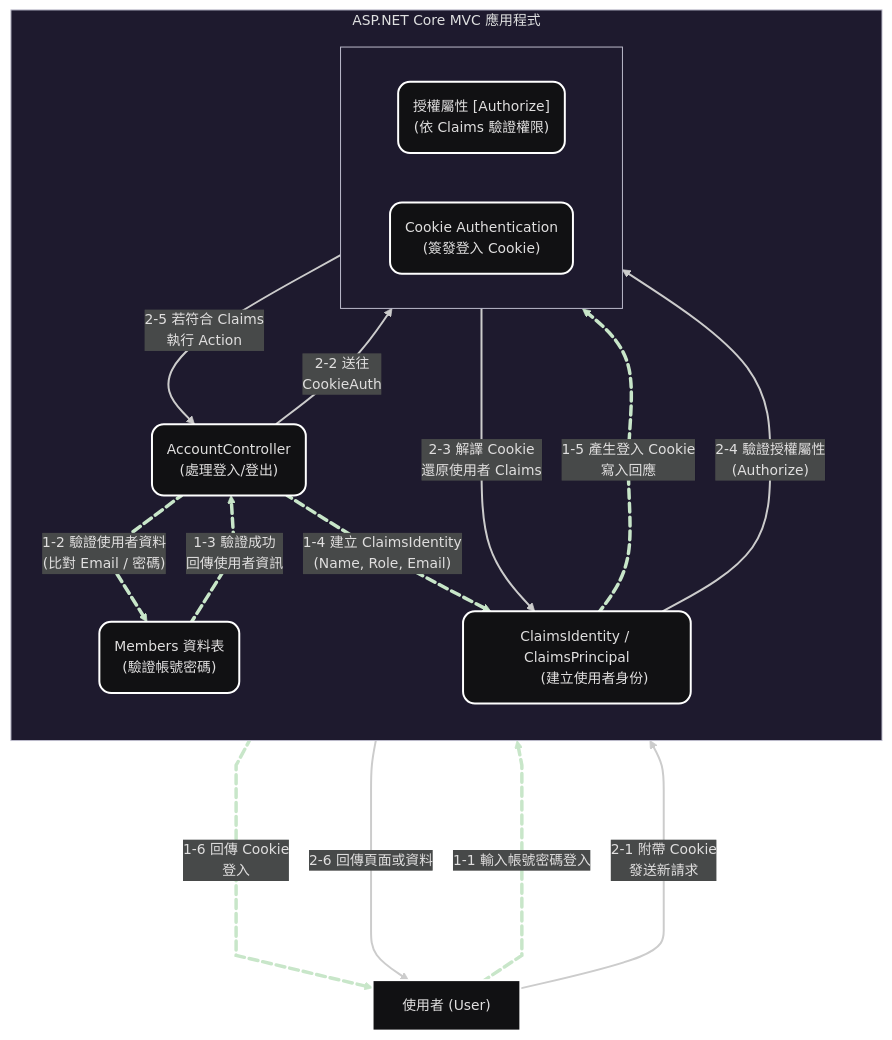
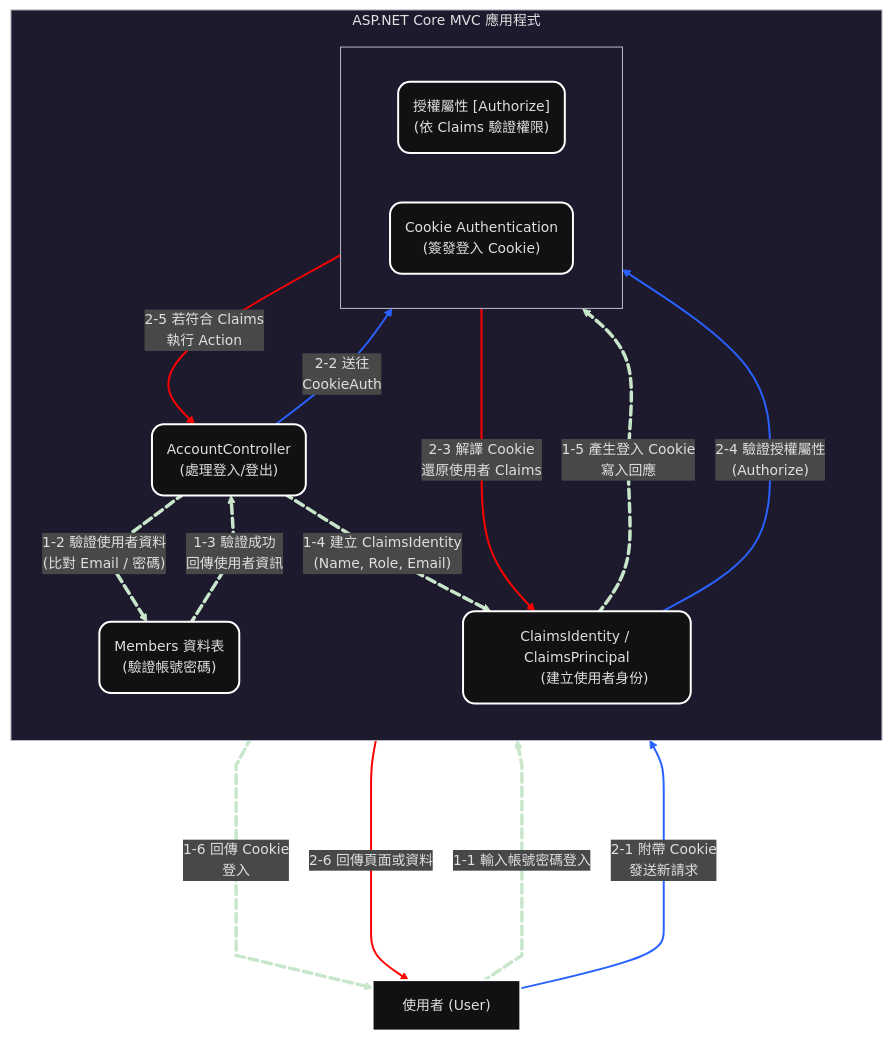
The diagram in docs/04_ClaimsBasedAuthenticationFlow.md (Mituteruhsu/CarbornProjectWEBPractice), drawn with Mermaid before and after one commit.

````diff
--- a/docs/04_ClaimsBasedAuthenticationFlow.md
+++ b/docs/04_ClaimsBasedAuthenticationFlow.md
@@ -19,75 +19,77 @@
 ```mermaid
 ---
 config:
   theme: redux-dark
 ---
 flowchart TB
     U["使用者 (User)"]:::actor
     subgraph ASP["ASP.NET Core MVC 應用程式"]
     direction TB
         Members("Members 資料表
         (驗證帳號密碼)"):::component
 
         Controller("AccountController
         (處理登入/登出)"):::component
 
         Claims("ClaimsIdentity / ClaimsPrincipal
         (建立使用者身份)"):::component
         %% 水平排列 CookieAuth
         subgraph CookieRow [" "]
             direction LR
           Authorize("授權屬性 [Authorize]
           (依 Claims 驗證權限)"):::component
 
           CookieAuth("Cookie Authentication
           (簽發登入 Cookie)"):::component
         end
     end
     class ASP node
 
 %% 第一階段：登入流程
     
     U UC1@=="1-1 輸入帳號密碼登入"==> Controller
     
     Controller CM1@==>|"1-2 驗證使用者資料
     (比對 Email / 密碼)"| Members
     
     Members MC1@==>|"1-3 驗證成功
     回傳使用者資訊"| Controller
 
     Controller CC1@==>|"1-4 建立 ClaimsIdentity
     (Name, Role, Email)"| Claims
     
     Claims CCO1@==>|"1-5 產生登入 Cookie
     寫入回應"| CookieAuth
     
     CookieAuth COU1@=="1-6 回傳 Cookie
     登入"=====> U
 
 %% 第二階段：後續請求與授權驗證
 
     U --"2-1 附帶 Cookie
     發送新請求"--> Controller
 
     Controller -->|"2-2 送往
     CookieAuth"| CookieAuth
     
     CookieAuth -->|"2-3 解譯 Cookie
     還原使用者 Claims"| Claims
 
     Claims -->|"2-4 驗證授權屬性
     (Authorize)"| Authorize
 
     Authorize -->|"2-5 若符合 Claims
     執行 Action"| Controller
 
     Controller -->|"2-6 回傳頁面或資料"| U
 
 linkStyle 0,1,2,3,4,5 stroke:#C8E6C9
+linkStyle 6,7,8,9 stroke:#2962FF
+linkStyle 8,10,11 stroke:RED
 UC1@{ animate: true, curve: linear }
 CM1@{ animate: true, curve: linear }
 MC1@{ animate: true, curve: linear }
 CC1@{ animate: true, curve: natural }
 CCO1@{ animate: true, curve: natural }
 COU1@{ animate: true, curve: linear }
 ```
````
